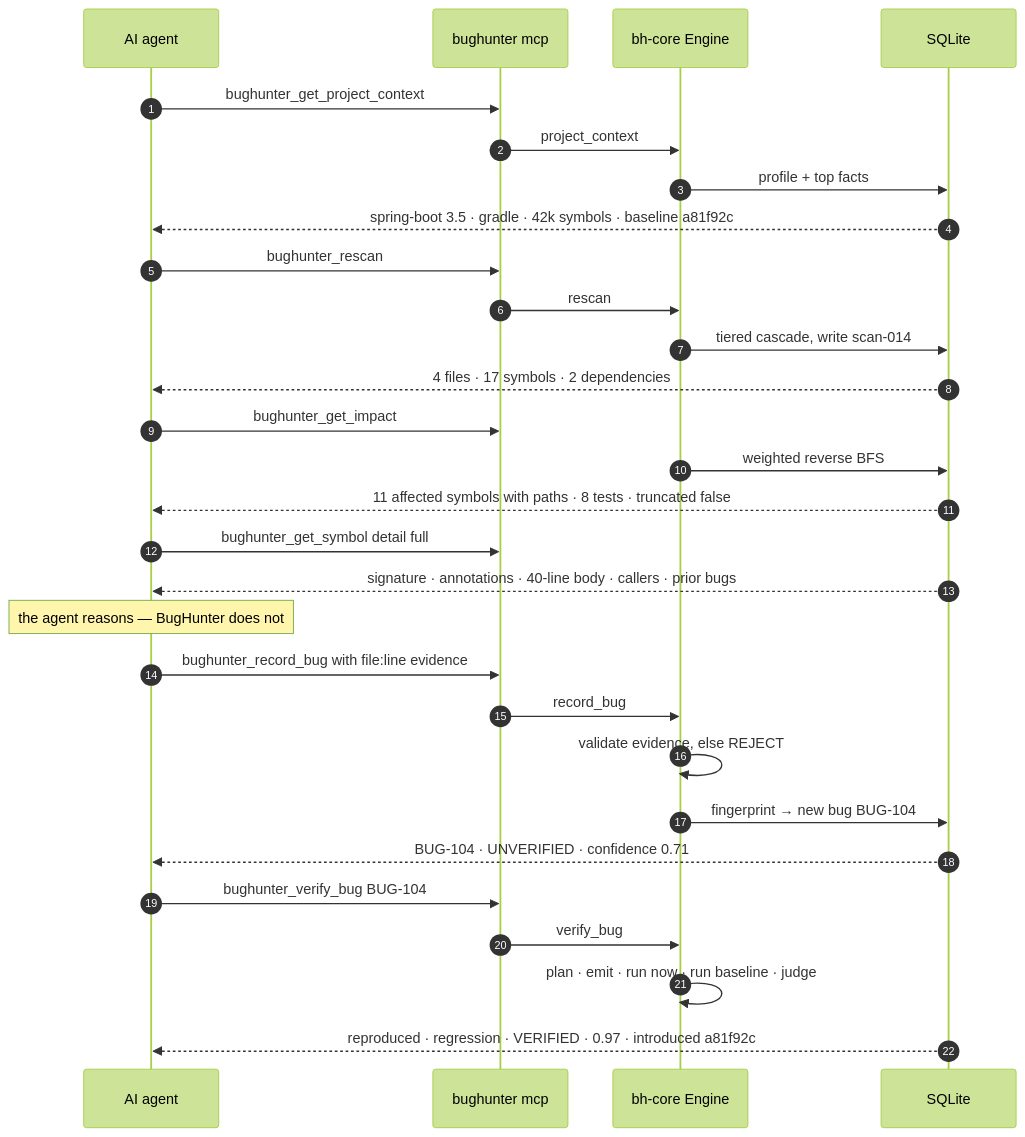
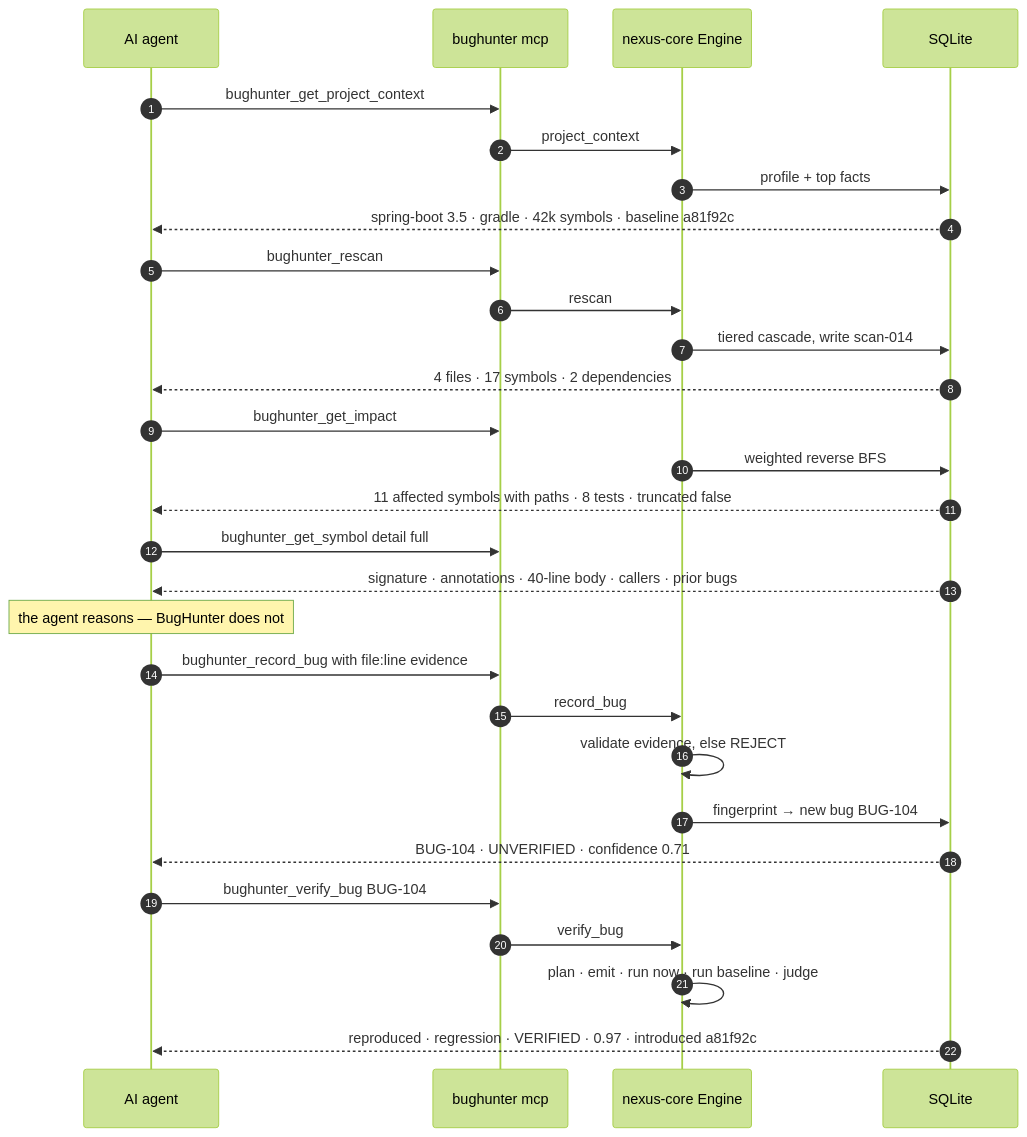
The second of 5 diagrams in docs/diagrams/mcp-integration.md (zorigtbaatarAst/nexus), drawn with Mermaid (forest theme) before and after one commit. The commit also changed other lines of this file and 19 other files, not shown here.

````diff
--- a/docs/diagrams/mcp-integration.md
+++ b/docs/diagrams/mcp-integration.md
@@ -34,38 +34,38 @@
 ```mermaid
 sequenceDiagram
     autonumber
     participant A as AI agent
     participant M as bughunter mcp
-    participant E as bh-core Engine
+    participant E as nexus-core Engine
     participant D as SQLite
 
     A->>M: bughunter_get_project_context
     M->>E: project_context
     E->>D: profile + top facts
     D-->>A: spring-boot 3.5 · gradle · 42k symbols · baseline a81f92c
 
     A->>M: bughunter_rescan
     M->>E: rescan
     E->>D: tiered cascade, write scan-014
     D-->>A: 4 files · 17 symbols · 2 dependencies
 
     A->>M: bughunter_get_impact
     E->>D: weighted reverse BFS
     D-->>A: 11 affected symbols with paths · 8 tests · truncated false
 
     A->>M: bughunter_get_symbol detail full
     D-->>A: signature · annotations · 40-line body · callers · prior bugs
 
     Note over A: the agent reasons — BugHunter does not
 
     A->>M: bughunter_record_bug with file:line evidence
     M->>E: record_bug
     E->>E: validate evidence, else REJECT
     E->>D: fingerprint → new bug BUG-104
     D-->>A: BUG-104 · UNVERIFIED · confidence 0.71
 
     A->>M: bughunter_verify_bug BUG-104
     M->>E: verify_bug
     E->>E: plan · emit · run now · run baseline · judge
     D-->>A: reproduced · regression · VERIFIED · 0.97 · introduced a81f92c
 ```
````
